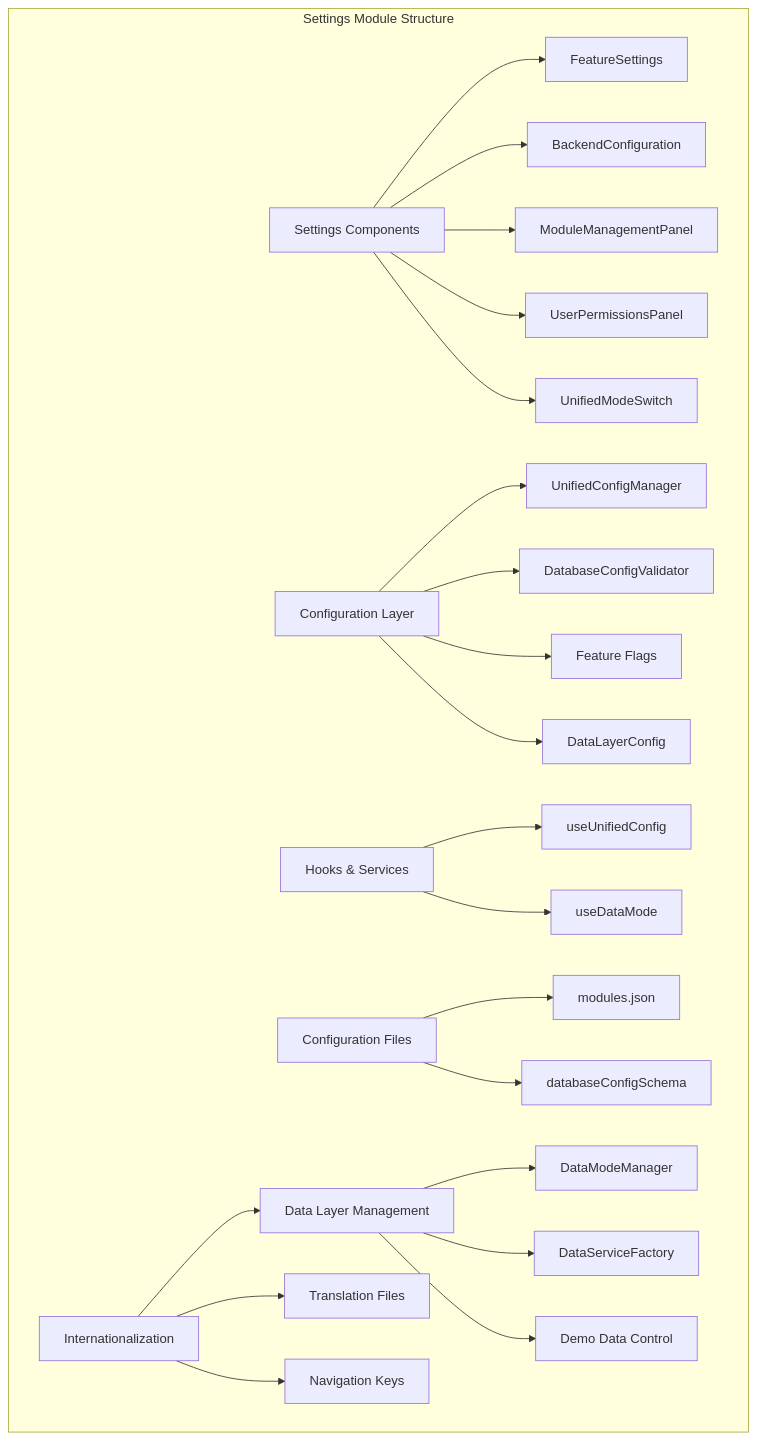
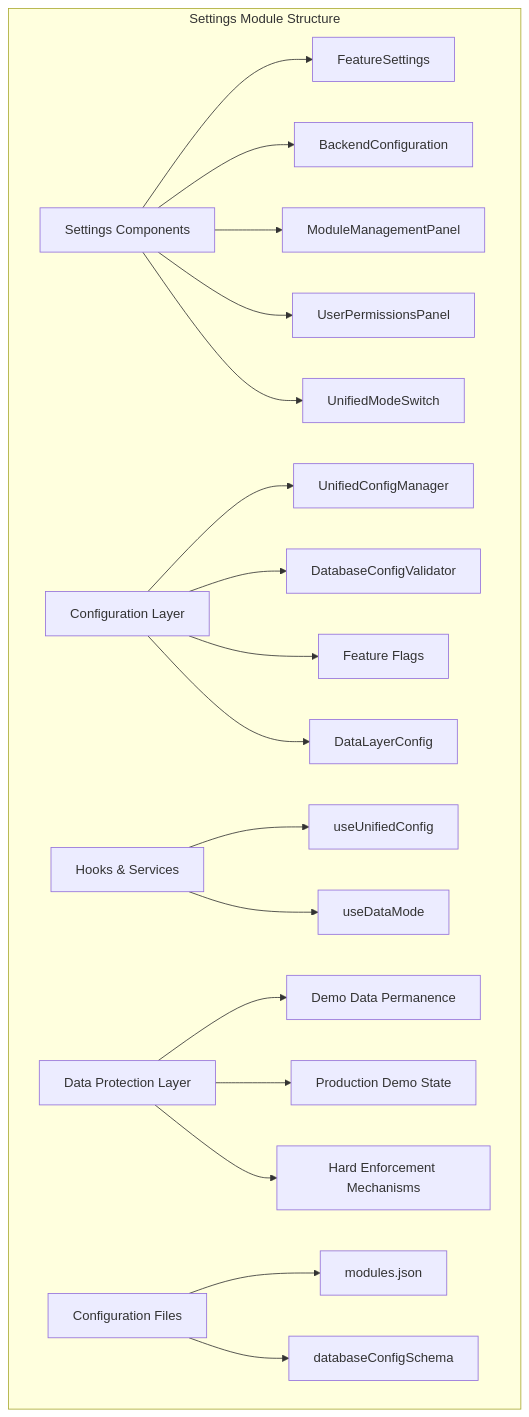
One commit to geniusdynamics/schoolpilot changed the first of 10 diagrams in .qoder/repowiki/en/content/Modules System/Settings Module.md. Above: the diagram before and after it, drawn with Mermaid. The commit also changed other lines of this file and 311 other files, not shown here.

````diff
--- a/.qoder/repowiki/en/content/Modules System/Settings Module.md
+++ b/.qoder/repowiki/en/content/Modules System/Settings Module.md
@@ -62,24 +56,21 @@
 ```mermaid
 graph TB
 subgraph "Settings Module Structure"
 A[Settings Components] --> B[FeatureSettings]
 A --> C[BackendConfiguration]
 A --> D[ModuleManagementPanel]
 A --> E[UserPermissionsPanel]
 A --> F[UnifiedModeSwitch]
 G[Configuration Layer] --> H[UnifiedConfigManager]
 G --> I[DatabaseConfigValidator]
 G --> J[Feature Flags]
 G --> K[DataLayerConfig]
 L[Hooks & Services] --> M[useUnifiedConfig]
 L --> N[useDataMode]
-O[Configuration Files] --> P[modules.json]
-O --> Q[databaseConfigSchema]
-R[Internationalization] --> S[i18n Loader]
-R --> T[Translation Files]
-R --> U[Navigation Keys]
-S[Data Layer Management] --> V[DataModeManager]
-S --> W[DataServiceFactory]
-S --> X[Demo Data Control]
+O[Data Protection Layer] --> P[Demo Data Permanence]
+O --> Q[Production Demo State]
+O --> R[Hard Enforcement Mechanisms]
+S[Configuration Files] --> T[modules.json]
+S --> U[databaseConfigSchema]
 end
 ```
````
